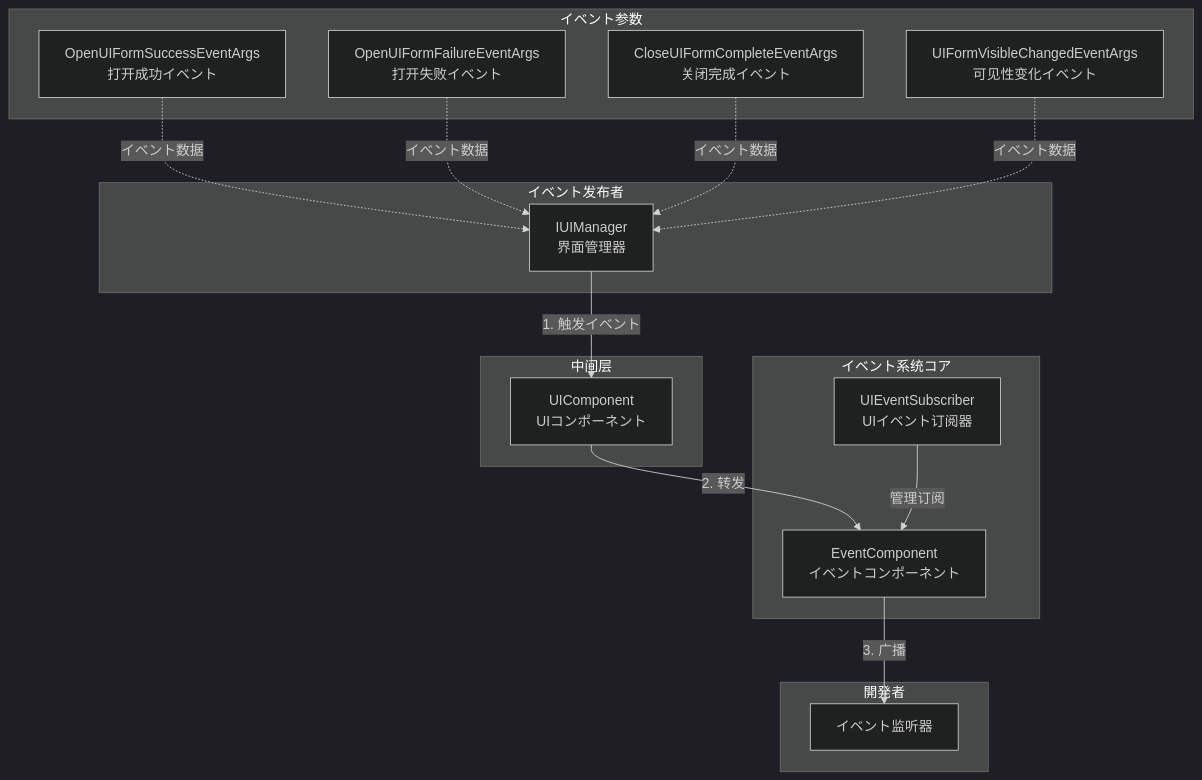
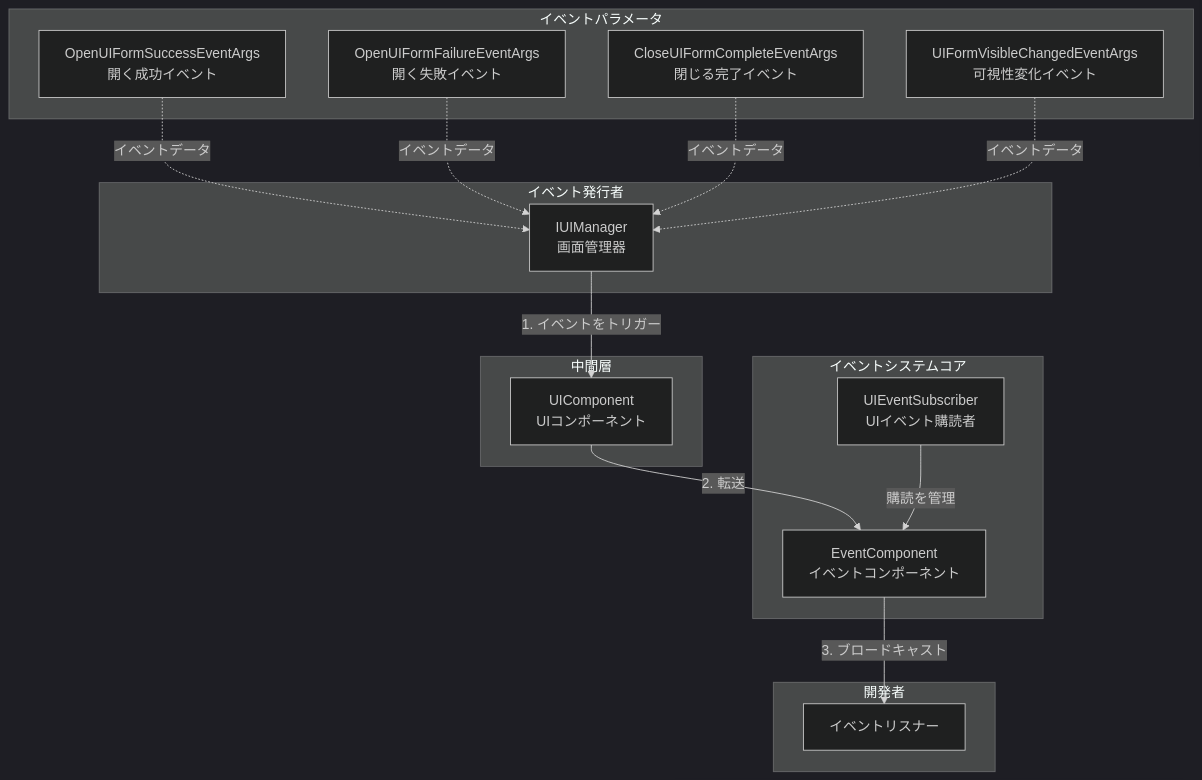
One commit to AlianBlank/GameFrameX.Docs changed the first of 3 diagrams in docs/ja/client/unity/component/ui/08.event-system.md. Above: the diagram before and after it, drawn with Mermaid (dark theme). The commit also changed other lines of this file and 320 other files, not shown here.

````diff
--- a/docs/ja/client/unity/component/ui/08.event-system.md
+++ b/docs/ja/client/unity/component/ui/08.event-system.md
@@ -20,37 +20,37 @@
 ```mermaid
 graph TD
-    subgraph イベント发布者
-        IUIManager[IUIManager<br/>界面管理器]
+    subgraph イベント発行者
+        IUIManager[IUIManager<br/>画面管理器]
     end
 
-    subgraph 中间层
+    subgraph 中間層
         UIComponent[UIComponent<br/>UIコンポーネント]
     end
 
-    subgraph イベント系统コア
+    subgraph イベントシステムコア
         EventComponent[EventComponent<br/>イベントコンポーネント]
-        UIEventSubscriber[UIEventSubscriber<br/>UIイベント订阅器]
+        UIEventSubscriber[UIEventSubscriber<br/>UIイベント購読者]
     end
 
-    subgraph イベント参数
-        OpenSuccess[OpenUIFormSuccessEventArgs<br/>打开成功イベント]
-        OpenFailure[OpenUIFormFailureEventArgs<br/>打开失败イベント]
-        CloseComplete[CloseUIFormCompleteEventArgs<br/>关闭完成イベント]
-        VisibleChanged[UIFormVisibleChangedEventArgs<br/>可见性变化イベント]
+    subgraph イベントパラメータ
+        OpenSuccess[OpenUIFormSuccessEventArgs<br/>開く成功イベント]
+        OpenFailure[OpenUIFormFailureEventArgs<br/>開く失敗イベント]
+        CloseComplete[CloseUIFormCompleteEventArgs<br/>閉じる完了イベント]
+        VisibleChanged[UIFormVisibleChangedEventArgs<br/>可視性変化イベント]
     end
 
     subgraph 開発者
-        Listener[イベント监听器]
+        Listener[イベントリスナー]
     end
 
-    IUIManager -->|1. 触发イベント| UIComponent
-    UIComponent -->|2. 转发| EventComponent
-    EventComponent -->|3. 广播| Listener
+    IUIManager -->|1. イベントをトリガー| UIComponent
+    UIComponent -->|2. 転送| EventComponent
+    EventComponent -->|3. ブロードキャスト| Listener
     
-    UIEventSubscriber -->|管理订阅| EventComponent
+    UIEventSubscriber -->|購読を管理| EventComponent
     
-    OpenSuccess -.->|イベント数据| IUIManager
-    OpenFailure -.->|イベント数据| IUIManager
-    CloseComplete -.->|イベント数据| IUIManager
-    VisibleChanged -.->|イベント数据| IUIManager
+    OpenSuccess -.->|イベントデータ| IUIManager
+    OpenFailure -.->|イベントデータ| IUIManager
+    CloseComplete -.->|イベントデータ| IUIManager
+    VisibleChanged -.->|イベントデータ| IUIManager
 ```
````
